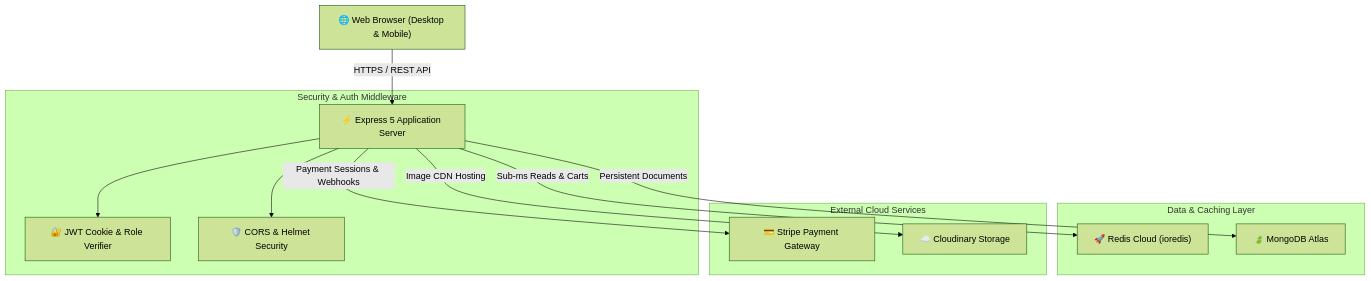
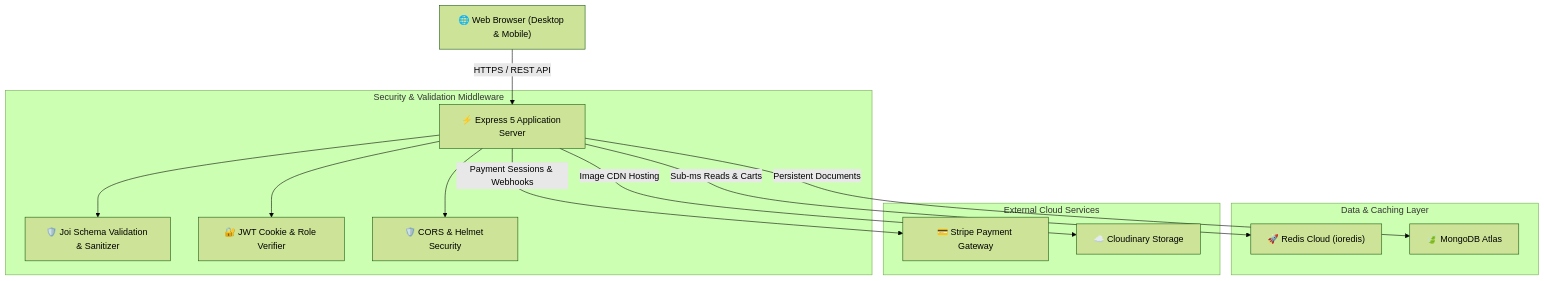
Before and after one commit to hammadasdfg6-glitch/ICT-project: the diagram in README.md, drawn with Mermaid (forest theme). The commit also changed other lines of this file and 12 other files, not shown here.

Commit message:
feat: implement Joi request payload & parameter validation across all API endpoints and update documentation

````diff
--- a/README.md
+++ b/README.md
@@ -50,19 +52,20 @@
 ```mermaid
 flowchart TD
     Client["🌐 Web Browser (Desktop & Mobile)"] -->|HTTPS / REST API| Express["⚡ Express 5 Application Server"]
     
-    subgraph Security ["Security & Auth Middleware"]
+    subgraph Security ["Security & Validation Middleware"]
+        Express --> JoiVal["🛡️ Joi Schema Validation & Sanitizer"]
         Express --> Auth["🔐 JWT Cookie & Role Verifier"]
         Express --> Cors["🛡️ CORS & Helmet Security"]
     end
     
     subgraph Data ["Data & Caching Layer"]
         Express -->|Sub-ms Reads & Carts| Redis["🚀 Redis Cloud (ioredis)"]
         Express -->|Persistent Documents| Mongo["🍃 MongoDB Atlas"]
     end
     
     subgraph External ["External Cloud Services"]
         Express -->|Payment Sessions & Webhooks| Stripe["💳 Stripe Payment Gateway"]
         Express -->|Image CDN Hosting| Cloudinary["☁️ Cloudinary Storage"]
     end
 ```
````
